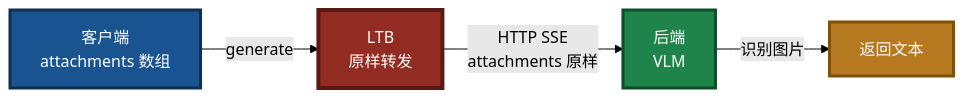
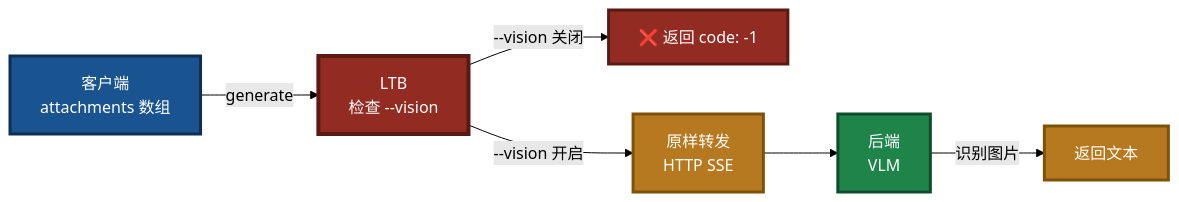
One commit to PassByYou888/LingoFuse-pasAgent-v3 changed the sixth of 6 diagrams in src/LingoFuse_LLM_Proxy_Tool_CLI_Guide.md. Above: the diagram before and after it, drawn with Mermaid (forest theme). The commit also changed other lines of this file, not shown here.

````diff
--- a/src/LingoFuse_LLM_Proxy_Tool_CLI_Guide.md
+++ b/src/LingoFuse_LLM_Proxy_Tool_CLI_Guide.md
@@ -1425,11 +1498,15 @@
 ```mermaid
 flowchart LR
-    A["客户端<br/>attachments 数组"] -->|"generate"| B["LTB<br/>原样转发"]
-    B -->|"HTTP SSE<br/>attachments 原样"| C["后端<br/>VLM"]
-    C -->|"识别图片"| D["返回文本"]
+    A["客户端<br/>attachments 数组"] -->|"generate"| B["LTB<br/>检查 --vision"]
+    B -->|"--vision 关闭"| X["❌ 返回 code: -1"]
+    B -->|"--vision 开启"| C["原样转发<br/>HTTP SSE"]
+    C --> D["后端<br/>VLM"]
+    D -->|"识别图片"| E["返回文本"]
 
     style A fill:#1A5490,stroke:#0D2F52,stroke-width:3px,color:#FFFFFF
     style B fill:#922B21,stroke:#5A1A14,stroke-width:4px,color:#FFFFFF
-    style C fill:#1E8449,stroke:#0E4D2A,stroke-width:3px,color:#FFFFFF
-    style D fill:#B7791F,stroke:#7E5109,stroke-width:3px,color:#FFFFFF
+    style X fill:#922B21,stroke:#5A1A14,stroke-width:3px,color:#FFFFFF
+    style C fill:#B7791F,stroke:#7E5109,stroke-width:3px,color:#FFFFFF
+    style D fill:#1E8449,stroke:#0E4D2A,stroke-width:3px,color:#FFFFFF
+    style E fill:#B7791F,stroke:#7E5109,stroke-width:3px,color:#FFFFFF
 ```
````
